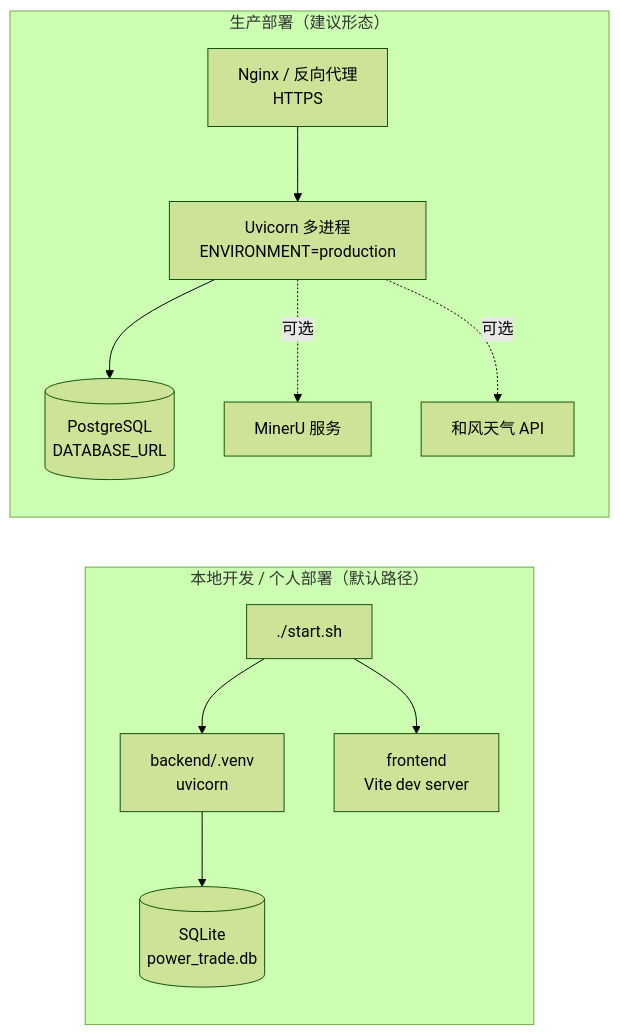
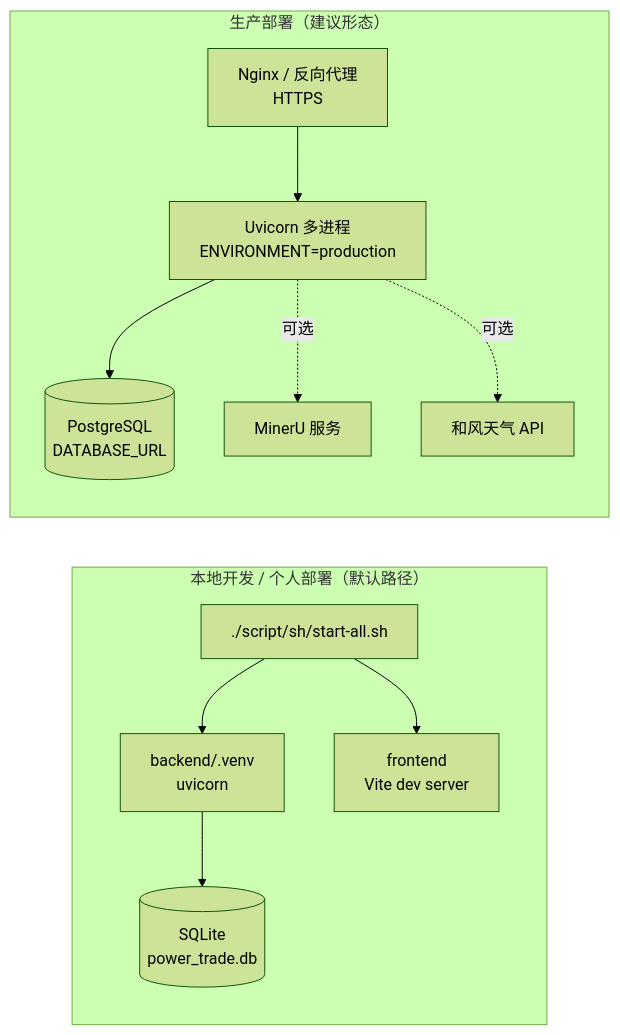
Before and after one commit to wenpeifeng/power-trade-lab: the third of 3 diagrams in docs/ARCHITECTURE.md, drawn with Mermaid (forest theme). The commit also changed other lines of this file and 27 other files, not shown here.

````diff
--- a/docs/ARCHITECTURE.md
+++ b/docs/ARCHITECTURE.md
@@ -223,15 +223,15 @@
 ```mermaid
 flowchart LR
     subgraph local["本地开发 / 个人部署（默认路径）"]
-        A["./start.sh"] --> B["backend/.venv<br/>uvicorn"]
+        A["./script/sh/start-all.sh"] --> B["backend/.venv<br/>uvicorn"]
         A --> C["frontend<br/>Vite dev server"]
         B --> D[("SQLite<br/>power_trade.db")]
     end
 
     subgraph prod["生产部署（建议形态）"]
         E["Nginx / 反向代理<br/>HTTPS"] --> F["Uvicorn 多进程<br/>ENVIRONMENT=production"]
         F --> G[("PostgreSQL<br/>DATABASE_URL")]
         F -.可选.-> H["MinerU 服务"]
         F -.可选.-> I["和风天气 API"]
     end
 ```
````
